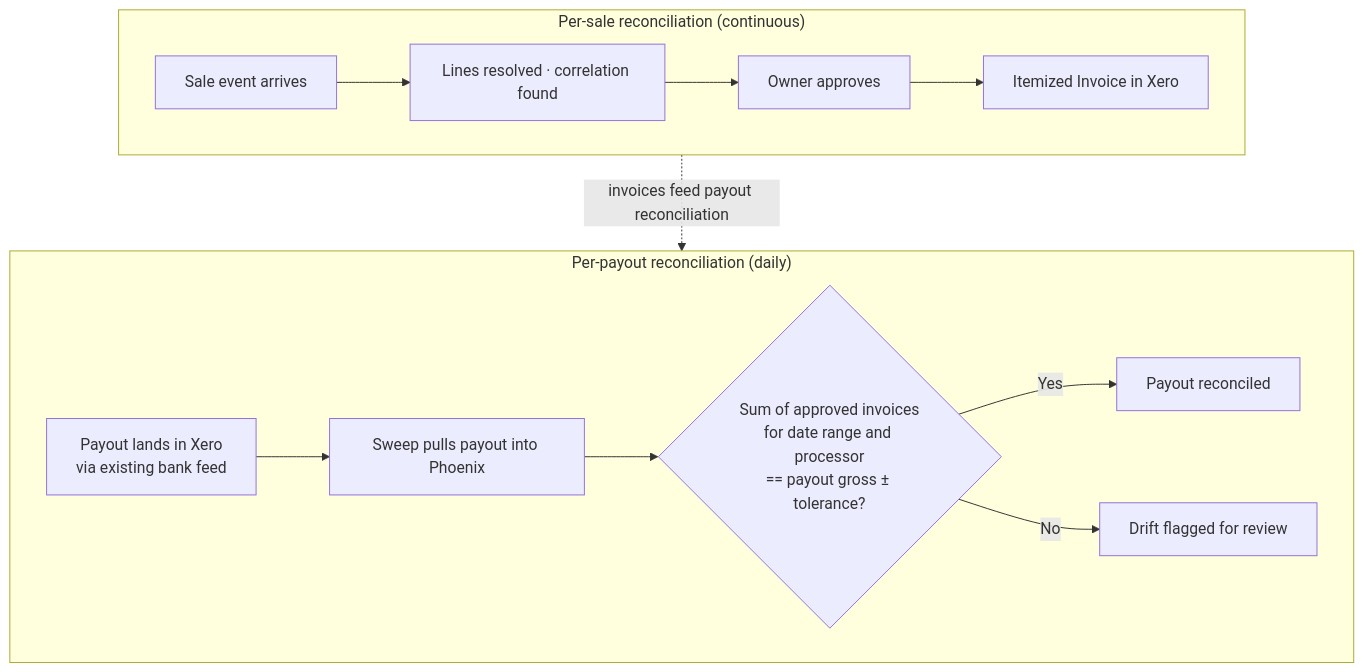
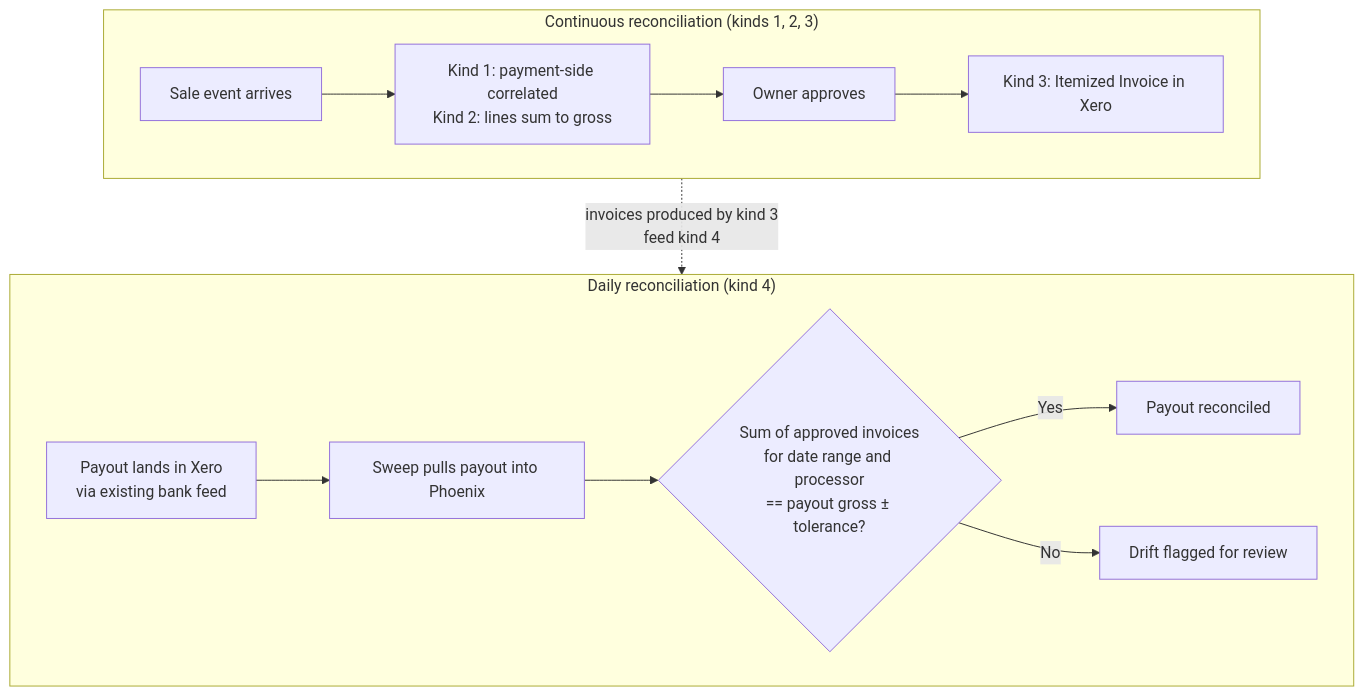
Diagram 11 of 13 in docs/solution-proposal.md (fkhawajagh/lbkmk), drawn with Mermaid before and after one commit. The commit also changed other lines of this file and 1 other file, not shown here.

First line of the commit message:
docs: add Reconciliation Catalog and clarify cadence model

````diff
--- a/docs/solution-proposal.md
+++ b/docs/solution-proposal.md
@@ -326,19 +374,19 @@
 ```mermaid
 flowchart TB
-    subgraph Per_Sale["Per-sale reconciliation (continuous)"]
+    subgraph Continuous["Continuous reconciliation (kinds 1, 2, 3)"]
         direction LR
-        E1[Sale event arrives] --> E2[Lines resolved · correlation found]
+        E1[Sale event arrives] --> E2["Kind 1: payment-side correlated<br/>Kind 2: lines sum to gross"]
         E2 --> E3[Owner approves]
-        E3 --> E4[Itemized Invoice in Xero]
+        E3 --> E4["Kind 3: Itemized Invoice in Xero"]
     end
 
-    subgraph Per_Payout["Per-payout reconciliation (daily)"]
+    subgraph Daily["Daily reconciliation (kind 4)"]
         direction LR
         P1["Payout lands in Xero<br/>via existing bank feed"] --> P2[Sweep pulls payout into Phoenix]
         P2 --> P3{"Sum of approved invoices<br/>for date range and processor<br/>== payout gross ± tolerance?"}
         P3 -->|Yes| P4[Payout reconciled]
         P3 -->|No| P5[Drift flagged for review]
     end
 
-    Per_Sale -. invoices feed payout reconciliation .-> Per_Payout
+    Continuous -. "invoices produced by kind 3<br/>feed kind 4" .-> Daily
 ```
````
